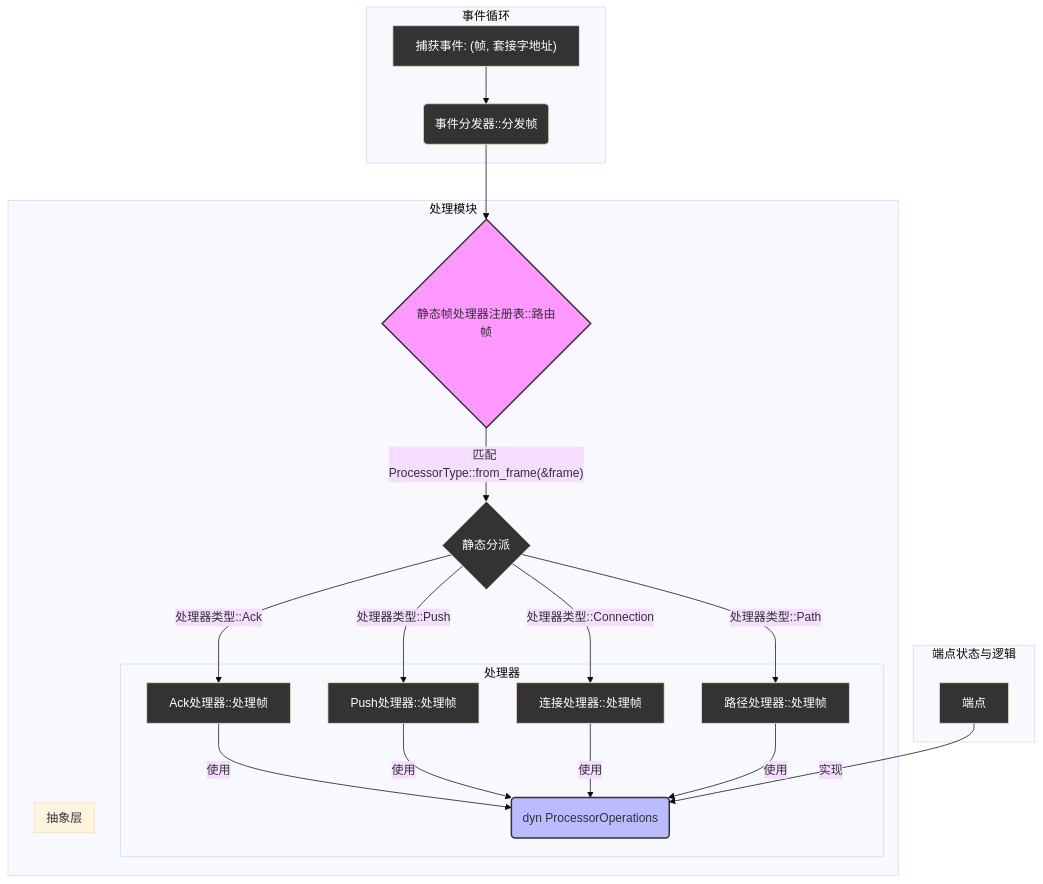
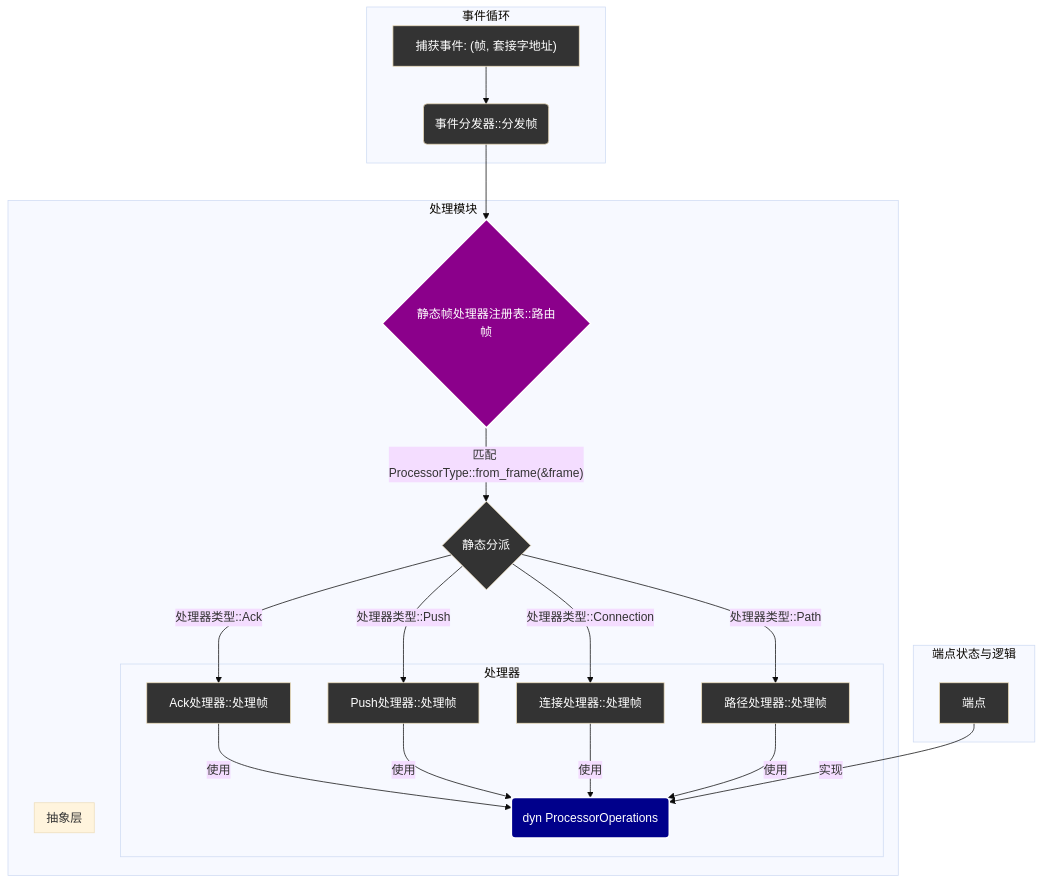
One commit to ShaoG-R/kestrel-protocol changed the diagram in docs/src/dev-docs/components/endpoint/processing.md. Above: the diagram before and after it, drawn with Mermaid (base theme). The commit also changed 3 other files, not shown here.

````diff
--- a/docs/src/dev-docs/components/endpoint/processing.md
+++ b/docs/src/dev-docs/components/endpoint/processing.md
@@ -40,42 +40,42 @@
 ```mermaid
 graph TD
     subgraph "事件循环"
         A["捕获事件: (帧, 套接字地址)"] --> B(事件分发器::分发帧)
     end
 
     subgraph "处理模块"
         B --> C{静态帧处理器注册表::路由帧}
         C -- "匹配 ProcessorType::from_frame(&frame)" --> D{静态分派}
         
         D -- "处理器类型::Ack" --> E[Ack处理器::处理帧]
         D -- "处理器类型::Push" --> F[Push处理器::处理帧]
         D -- "处理器类型::Connection" --> G[连接处理器::处理帧]
         D -- "处理器类型::Path" --> H[路径处理器::处理帧]
         
         subgraph "处理器"
             E -- "使用" --> I
             F -- "使用" --> I
             G -- "使用" --> I
             H -- "使用" --> I
         end
         
         subgraph "抽象层"
             I(dyn ProcessorOperations)
         end
     end
 
     subgraph "端点状态与逻辑"
         J[端点<T>] -- "实现" --> I
     end
 
     style A fill:#333,color:#fff
     style B fill:#333,color:#fff
     style D fill:#333,color:#fff
     style E fill:#333,color:#fff
     style F fill:#333,color:#fff
     style G fill:#333,color:#fff
     style H fill:#333,color:#fff
     style J fill:#333,color:#fff
-    style C fill:#f9f,stroke:#333,stroke-width:2px
-    style I fill:#bbf,stroke:#333,stroke-width:2px
+    style C fill:#8B008B,color:#fff,stroke:#fff,stroke-width:2px
+    style I fill:#00008B,color:#fff,stroke:#fff,stroke-width:2px
 ```
````
